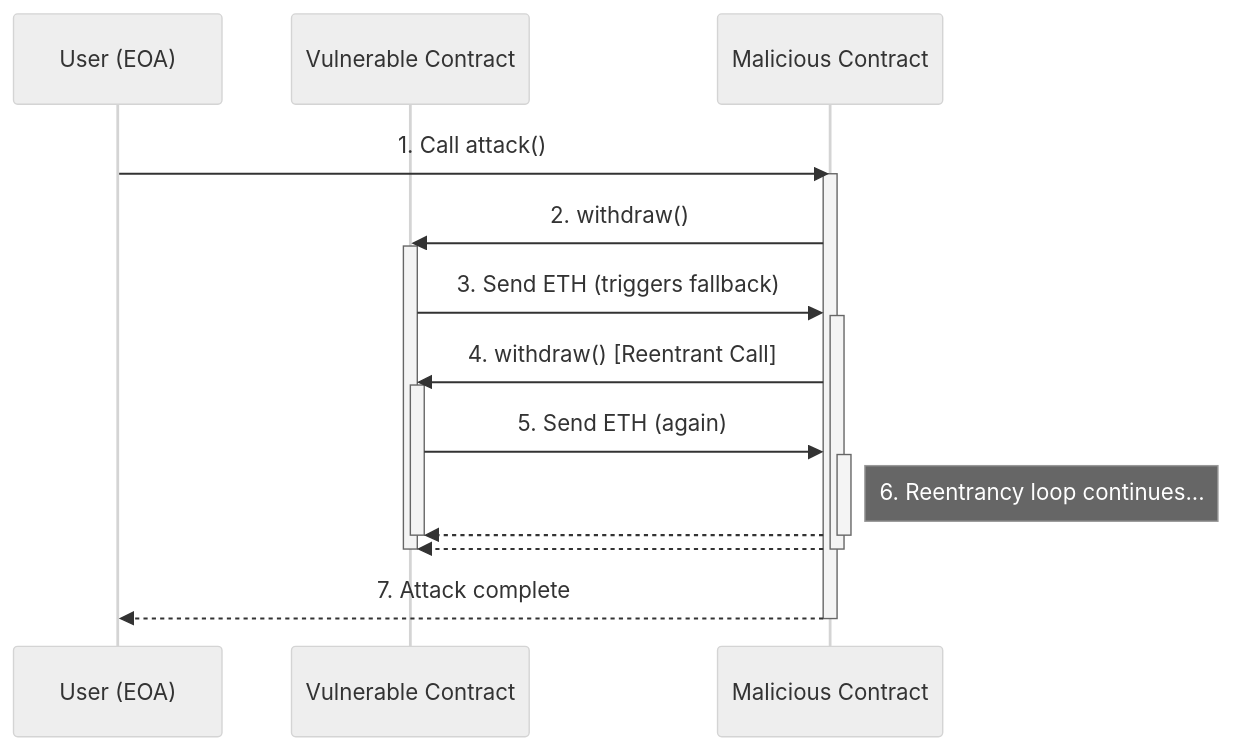
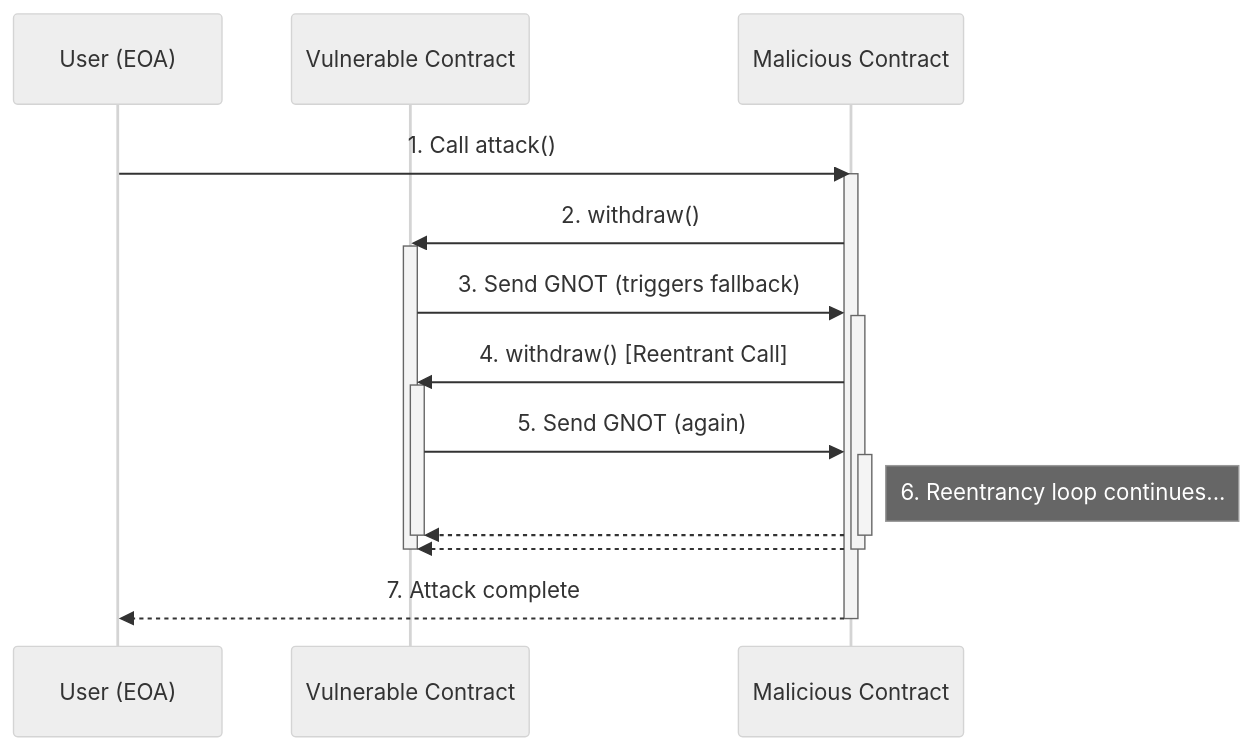
One commit to samouraiworld/peerdev changed the sixth of 10 diagrams in gno-tutorials/short-video/inter-realm/slides.md. Above: the diagram before and after it, drawn with Mermaid (neutral theme). The commit also changed other lines of this file, not shown here.

````diff
--- a/gno-tutorials/short-video/inter-realm/slides.md
+++ b/gno-tutorials/short-video/inter-realm/slides.md
@@ -111,26 +110,26 @@
 ```mermaid {scale: 0.8}
 sequenceDiagram
   participant User as User (EOA)
   participant Target as Vulnerable Contract
   participant Malicious as Malicious Contract
 
   User->>Malicious: 1. Call attack()
   activate Malicious
   Malicious->>Target: 2. withdraw() 
   activate Target
-  Target->>Malicious: 3. Send ETH (triggers fallback)
+  Target->>Malicious: 3. Send GNOT (triggers fallback)
   activate Malicious
   Malicious->>Target: 4. withdraw() [Reentrant Call]
   activate Target
-  Target->>Malicious: 5. Send ETH (again)
+  Target->>Malicious: 5. Send GNOT (again)
   activate Malicious
   Note right of Malicious: 6. Reentrancy loop continues...
   Malicious-->>Target: 
   deactivate Malicious
   deactivate Target
   Malicious-->>Target: 
   deactivate Malicious
   deactivate Target
   Malicious-->>User: 7. Attack complete
   deactivate Malicious
 ```
````
